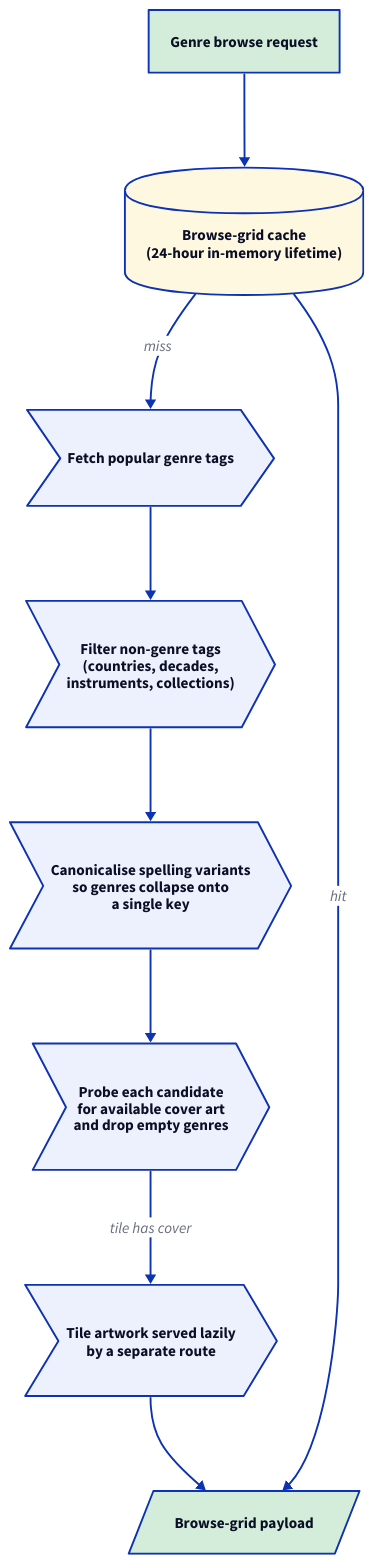
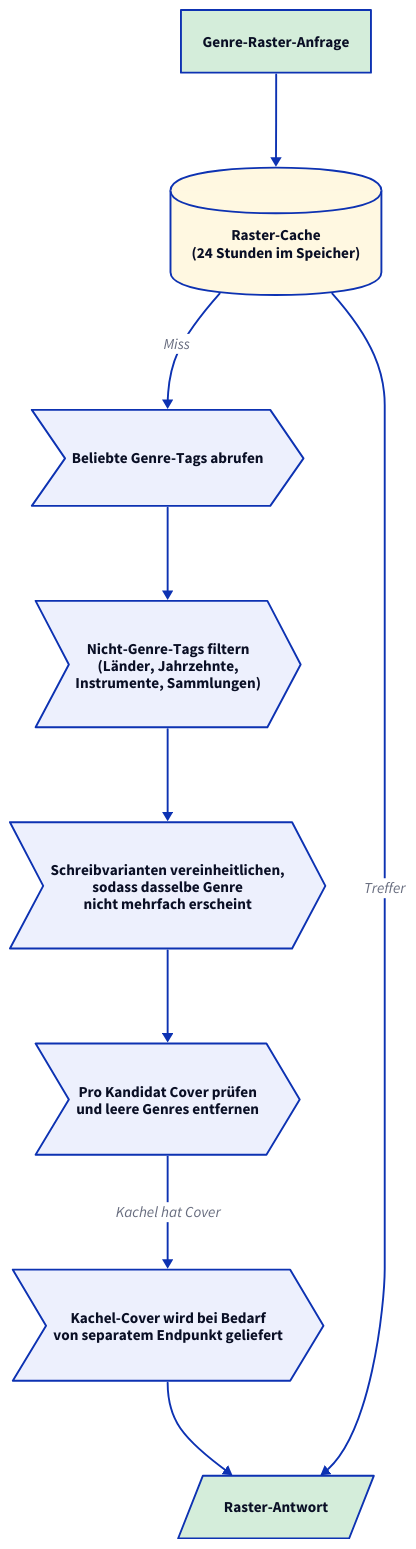
One commit to phranck/musiccloud changed the diagram in docs/resolve-flow/diagrams/03a-genre-browse.d2. Above: the diagram before and after it, drawn with D2. The commit also changed 29 other files, not shown here.

First line of the commit message:
Docs: Translate resolve-flow diagrams to German

```diff
--- a/docs/resolve-flow/diagrams/03a-genre-browse.d2
+++ b/docs/resolve-flow/diagrams/03a-genre-browse.d2
@@ -1,50 +1,50 @@
-# Genre browse mode: curated grid of popular tags with cover-art probes.
+# Genre-Raster: kuratiertes Tag-Raster mit Cover-Prüfung.
 
 direction: down
 
-input: "Genre browse request" {
+input: "Genre-Raster-Anfrage" {
   shape: rectangle
   style.fill: "#d4edda"
 }
 
-cache: "Browse-grid cache\n(24-hour in-memory lifetime)" {
+cache: "Raster-Cache\n(24 Stunden im Speicher)" {
   shape: cylinder
   style.fill: "#fff8e1"
 }
 
 input -> cache
 
-top_tags: "Fetch popular genre tags" {
+top_tags: "Beliebte Genre-Tags abrufen" {
   shape: step
 }
 
-filter: "Filter non-genre tags\n(countries, decades,\ninstruments, collections)" {
+filter: "Nicht-Genre-Tags filtern\n(Länder, Jahrzehnte,\nInstrumente, Sammlungen)" {
   shape: step
 }
 
-dedupe: "Canonicalise spelling variants\nso genres collapse onto\na single key" {
+dedupe: "Schreibvarianten vereinheitlichen,\nsodass dasselbe Genre\nnicht mehrfach erscheint" {
   shape: step
 }
 
-cache -> top_tags: "miss"
+cache -> top_tags: "Miss"
 top_tags -> filter -> dedupe
 
-probe: "Probe each candidate\nfor available cover art\nand drop empty genres" {
+probe: "Pro Kandidat Cover prüfen\nund leere Genres entfernen" {
   shape: step
 }
 
 dedupe -> probe
 
-artwork_url: "Tile artwork served lazily\nby a separate route" {
+artwork_url: "Kachel-Cover wird bei Bedarf\nvon separatem Endpunkt geliefert" {
   shape: step
 }
 
-probe -> artwork_url: "tile has cover"
+probe -> artwork_url: "Kachel hat Cover"
 
-response: "Browse-grid payload" {
+response: "Raster-Antwort" {
   shape: parallelogram
   style.fill: "#d4edda"
 }
 
 artwork_url -> response
-cache -> response: "hit"
+cache -> response: "Treffer"
```
